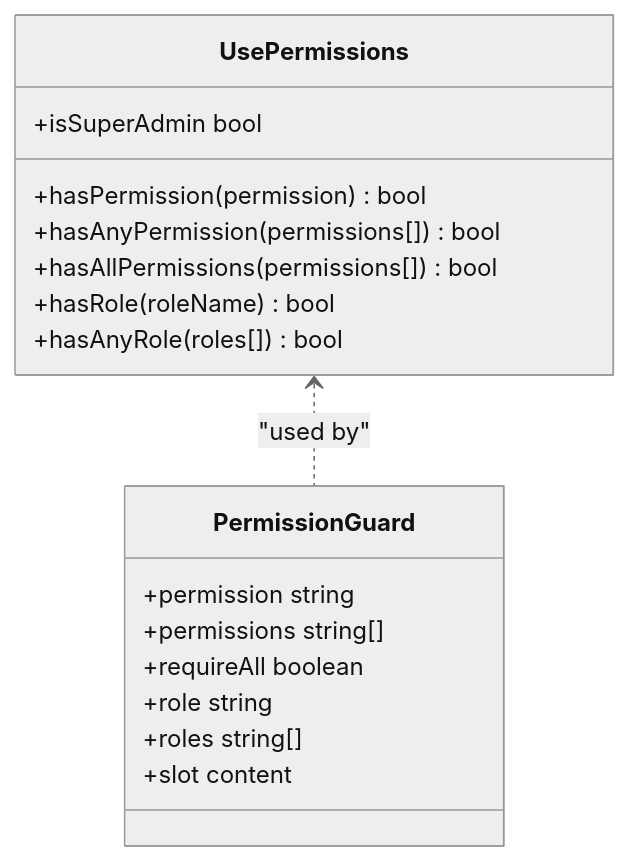
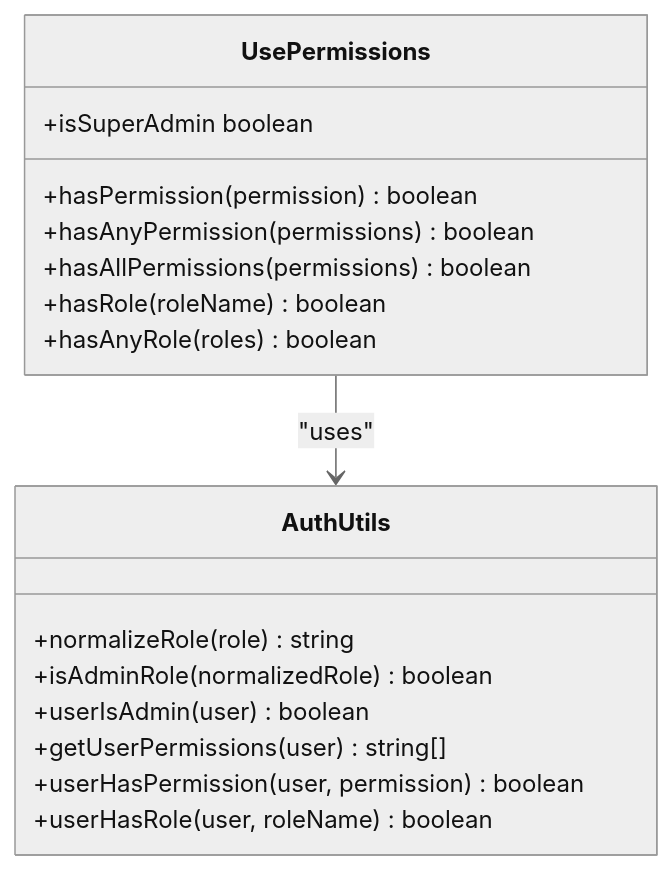
Before and after one commit to Lazynerd-Studios/lacarte-atlas-console: the sixth of 12 diagrams in .qoder/repowiki/en/content/Authentication & Authorization/Authentication & Authorization.md, drawn with Mermaid (neutral theme). The commit also changed other lines of this file and 139 other files, not shown here.

````diff
--- a/.qoder/repowiki/en/content/Authentication & Authorization/Authentication & Authorization.md
+++ b/.qoder/repowiki/en/content/Authentication & Authorization/Authentication & Authorization.md
@@ -292,20 +271,20 @@
 ```mermaid
 classDiagram
+class AuthUtils {
++normalizeRole(role) string
++isAdminRole(normalizedRole) boolean
++userIsAdmin(user) boolean
++getUserPermissions(user) string[]
++userHasPermission(user, permission) boolean
++userHasRole(user, roleName) boolean
+}
 class UsePermissions {
-+hasPermission(permission) bool
-+hasAnyPermission(permissions[]) bool
-+hasAllPermissions(permissions[]) bool
-+hasRole(roleName) bool
-+hasAnyRole(roles[]) bool
-+isSuperAdmin bool
++hasPermission(permission) boolean
++hasAnyPermission(permissions) boolean
++hasAllPermissions(permissions) boolean
++hasRole(roleName) boolean
++hasAnyRole(roles) boolean
++isSuperAdmin boolean
 }
-class PermissionGuard {
-+permission string
-+permissions string[]
-+requireAll boolean
-+role string
-+roles string[]
-+slot content
-}
-UsePermissions <.. PermissionGuard : "used by"
+UsePermissions --> AuthUtils : "uses"
 ```
````
